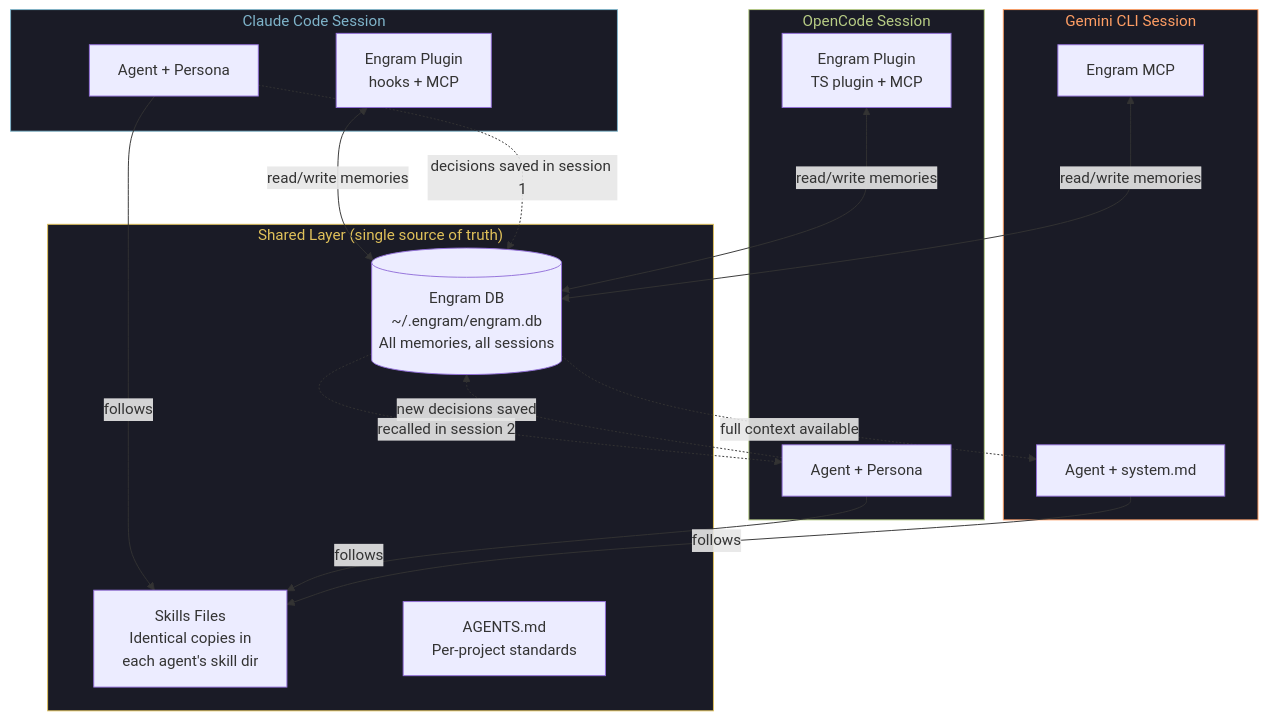
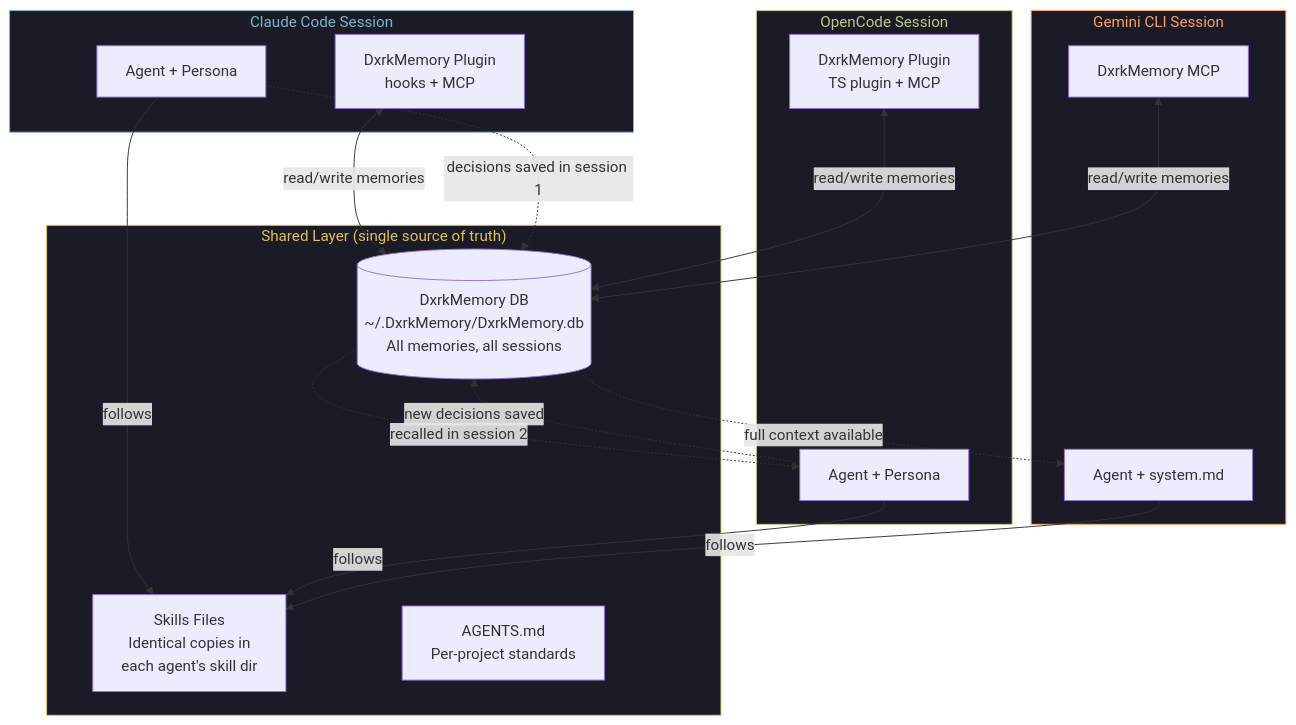
One commit to Dxrk777/Dxrk-AI changed the sixth of 7 diagrams in PRD.md. Above: the diagram before and after it, drawn with Mermaid. The commit also changed other lines of this file and 118 other files, not shown here.

````diff
--- a/PRD.md
+++ b/PRD.md
@@ -939,41 +939,41 @@
 ```mermaid
 graph TB
     subgraph SHARED["Shared Layer (single source of truth)"]
-        ENGRAM_DB[(Engram DB<br/>~/.engram/engram.db<br/>All memories, all sessions)]
+        ENGRAM_DB[(DxrkMemory DB<br/>~/.DxrkMemory/DxrkMemory.db<br/>All memories, all sessions)]
         SKILLS_SOURCE[Skills Files<br/>Identical copies in<br/>each agent's skill dir]
         Dxrk_RULES[AGENTS.md<br/>Per-project standards]
     end
 
     subgraph AGENT_CC["Claude Code Session"]
         CC_AGENT[Agent + Persona]
-        CC_ENGRAM_PLUGIN[Engram Plugin<br/>hooks + MCP]
+        CC_ENGRAM_PLUGIN[DxrkMemory Plugin<br/>hooks + MCP]
     end
 
     subgraph AGENT_OC["OpenCode Session"]
         OC_AGENT[Agent + Persona]
-        OC_ENGRAM_PLUGIN[Engram Plugin<br/>TS plugin + MCP]
+        OC_ENGRAM_PLUGIN[DxrkMemory Plugin<br/>TS plugin + MCP]
     end
 
     subgraph AGENT_GEM["Gemini CLI Session"]
         GEM_AGENT[Agent + system.md]
-        GEM_ENGRAM_MCP[Engram MCP]
+        GEM_ENGRAM_MCP[DxrkMemory MCP]
     end
 
     CC_ENGRAM_PLUGIN <-->|"read/write memories"| ENGRAM_DB
     OC_ENGRAM_PLUGIN <-->|"read/write memories"| ENGRAM_DB
     GEM_ENGRAM_MCP <-->|"read/write memories"| ENGRAM_DB
 
     CC_AGENT -->|"follows"| SKILLS_SOURCE
     OC_AGENT -->|"follows"| SKILLS_SOURCE
     GEM_AGENT -->|"follows"| SKILLS_SOURCE
 
     CC_AGENT -.->|"decisions saved in session 1"| ENGRAM_DB
     ENGRAM_DB -.->|"recalled in session 2"| OC_AGENT
     OC_AGENT -.->|"new decisions saved"| ENGRAM_DB
     ENGRAM_DB -.->|"full context available"| GEM_AGENT
 
     style SHARED fill:#1a1b26,stroke:#E0C15A,color:#E0C15A
     style AGENT_CC fill:#1a1b26,stroke:#7FB4CA,color:#7FB4CA
     style AGENT_OC fill:#1a1b26,stroke:#B7CC85,color:#B7CC85
     style AGENT_GEM fill:#1a1b26,stroke:#FF9E64,color:#FF9E64
 ```
````
